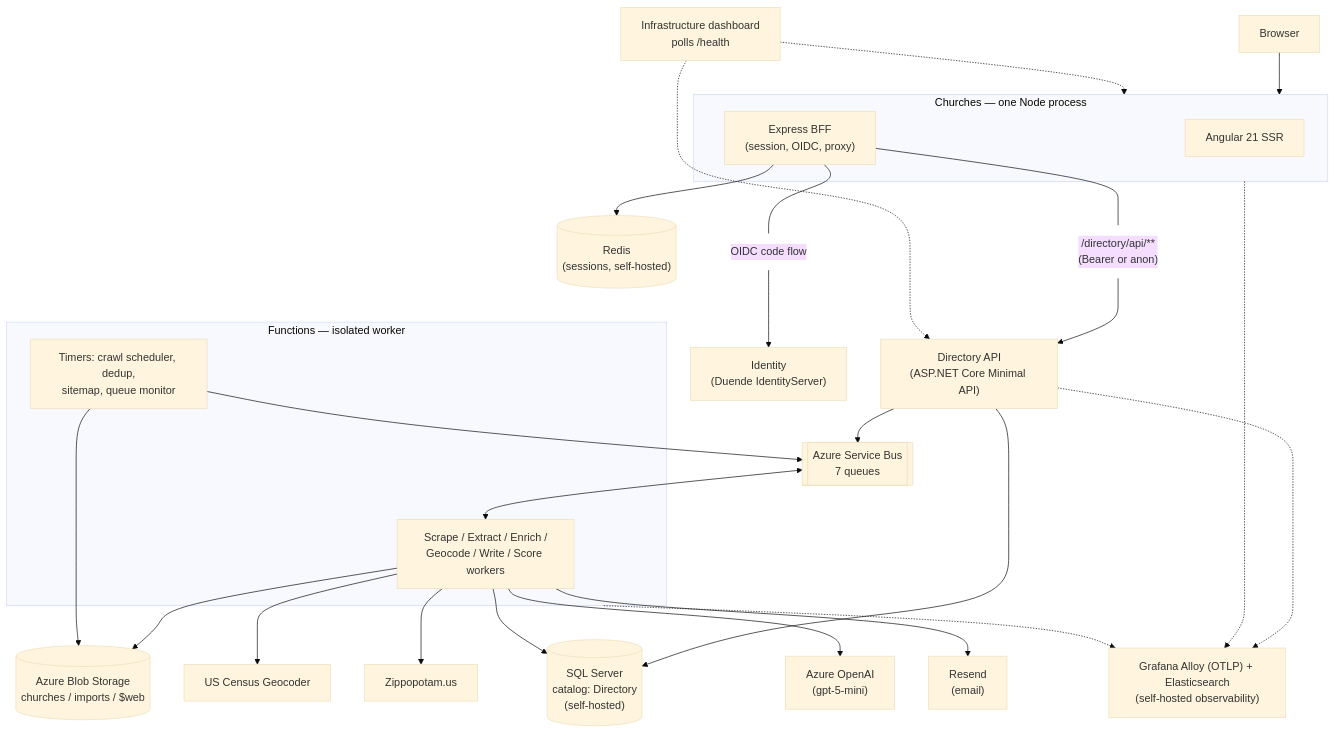
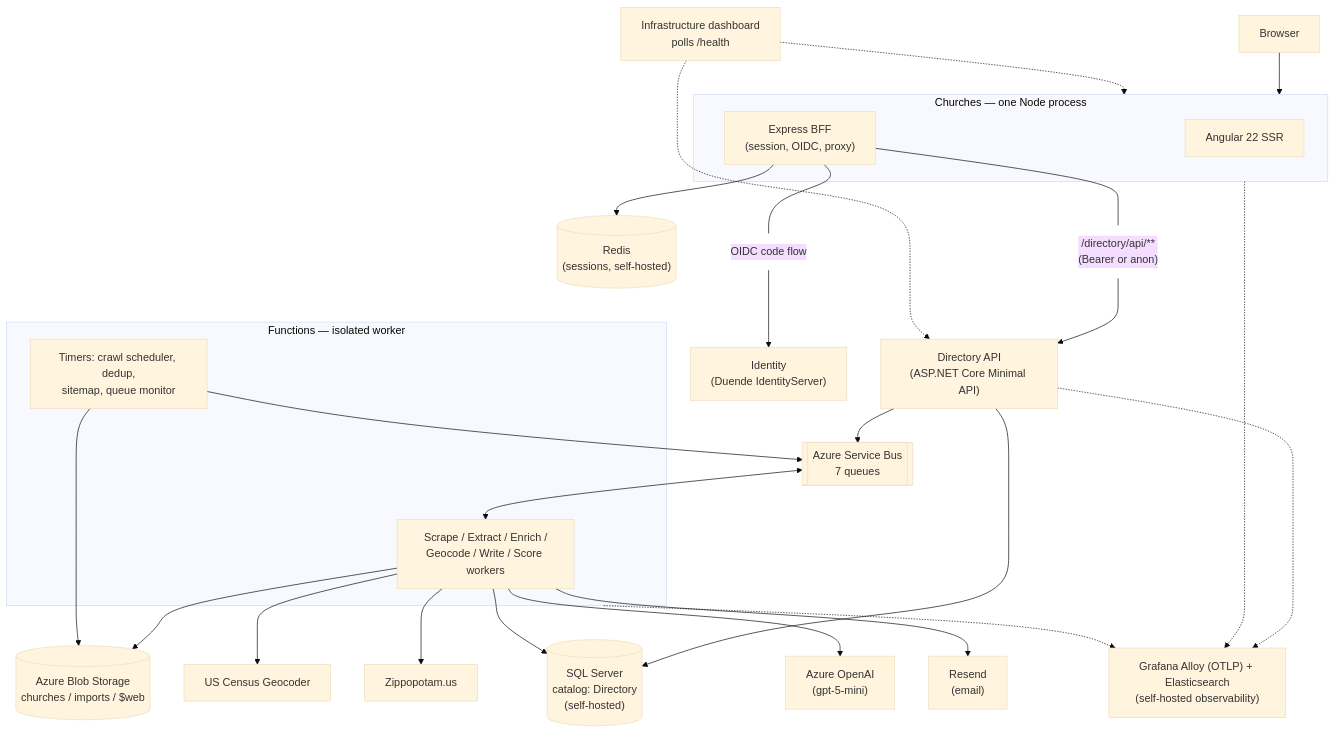
Before and after one commit to crgolden/Churches: the first of 8 diagrams in ARCHITECTURE.md, drawn with Mermaid (base theme). The commit also changed other lines of this file and 29 other files, not shown here.

````diff
--- a/ARCHITECTURE.md
+++ b/ARCHITECTURE.md
@@ -17,54 +17,54 @@
 ```mermaid
 graph TB
     Browser["Browser"]
 
     subgraph ChurchesApp["Churches — one Node process"]
-        SSR["Angular 21 SSR"]
+        SSR["Angular 22 SSR"]
         BFF["Express BFF<br/>(session, OIDC, proxy)"]
     end
 
     Identity["Identity<br/>(Duende IdentityServer)"]
     DirectoryAPI["Directory API<br/>(ASP.NET Core Minimal API)"]
     SQL[("SQL Server<br/>catalog: Directory<br/>(self-hosted)")]
     Redis[("Redis<br/>(sessions, self-hosted)")]
 
     subgraph Pipeline["Functions — isolated worker"]
         Workers["Scrape / Extract / Enrich /<br/>Geocode / Write / Score workers"]
         Jobs["Timers: crawl scheduler, dedup,<br/>sitemap, queue monitor"]
     end
 
     ServiceBus[["Azure Service Bus<br/>7 queues"]]
     Blob[("Azure Blob Storage<br/>churches / imports / $web")]
 
     Census["US Census Geocoder"]
     Zippo["Zippopotam.us"]
     OpenAI["Azure OpenAI<br/>(gpt-5-mini)"]
     Resend["Resend<br/>(email)"]
 
     Obs["Grafana Alloy (OTLP) + Elasticsearch<br/>(self-hosted observability)"]
     Infra["Infrastructure dashboard<br/>polls /health"]
 
     Browser --> ChurchesApp
     BFF --- L1["OIDC code flow"] --> Identity
     BFF --- L2["/directory/api/**<br/>(Bearer or anon)"] --> DirectoryAPI
     BFF --> Redis
     DirectoryAPI --> SQL
     DirectoryAPI --> ServiceBus
     ServiceBus <--> Workers
     Workers --> SQL
     Workers --> Blob
     Workers --> Census
     Workers --> Zippo
     Workers --> OpenAI
     Workers --> Resend
     Jobs --> ServiceBus
     Jobs --> Blob
     ChurchesApp -.-> Obs
     DirectoryAPI -.-> Obs
     Pipeline -.-> Obs
     Infra -.-> ChurchesApp
     Infra -.-> DirectoryAPI
 
     classDef edgeLabel fill:none,stroke:none
     class L1,L2 edgeLabel
 ```
````
